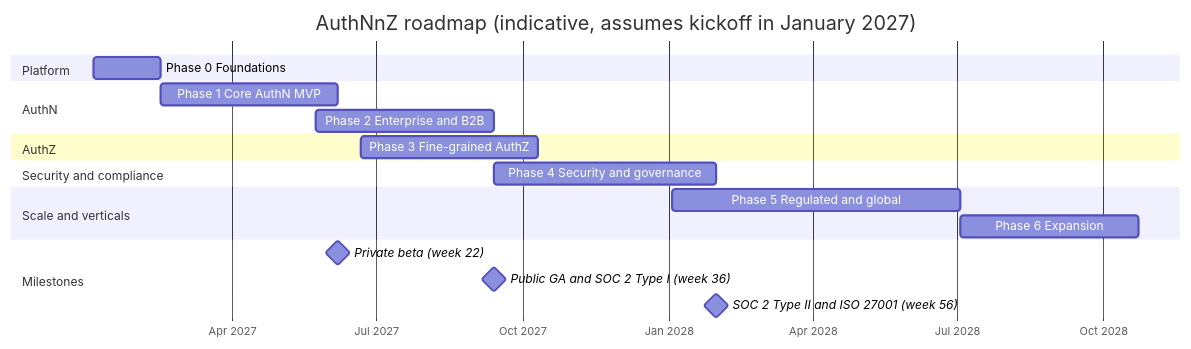
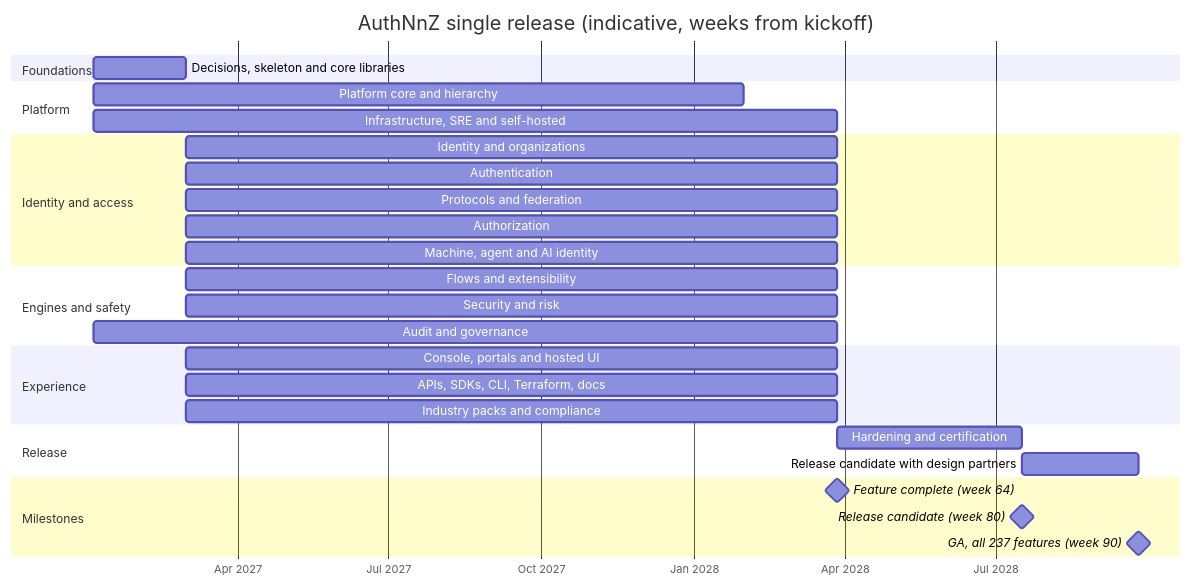
The diagram in docs/plan/05-roadmap-and-delivery.md (antonyrejith/AuthNnZ), drawn with Mermaid before and after one commit. The commit also changed other lines of this file and 14 other files, not shown here.

First line of the commit message:
Deliver every feature in one release instead of phases

````diff
--- a/docs/plan/05-roadmap-and-delivery.md
+++ b/docs/plan/05-roadmap-and-delivery.md
@@ -11,22 +37,32 @@
 ```mermaid
 gantt
-    title AuthNnZ roadmap (indicative, assumes kickoff in January 2027)
+    title AuthNnZ single release (indicative, weeks from kickoff)
     dateFormat YYYY-MM-DD
     axisFormat %b %Y
+    section Foundations
+    Decisions, skeleton and core libraries :f, 2027-01-04, 8w
     section Platform
-    Phase 0 Foundations             :p0, 2027-01-04, 6w
-    section AuthN
-    Phase 1 Core AuthN MVP          :p1, after p0, 16w
-    Phase 2 Enterprise and B2B      :p2, 2027-05-24, 16w
-    section AuthZ
-    Phase 3 Fine-grained AuthZ      :p3, 2027-06-21, 16w
-    section Security and compliance
-    Phase 4 Security and governance :p4, 2027-09-13, 20w
-    section Scale and verticals
-    Phase 5 Regulated and global    :p5, 2028-01-03, 26w
-    Phase 6 Expansion               :p6, 2028-07-03, 16w
+    Platform core and hierarchy          :2027-01-04, 56w
+    Infrastructure, SRE and self-hosted  :2027-01-04, 64w
+    section Identity and access
+    Identity and organizations           :2027-03-01, 56w
+    Authentication                       :2027-03-01, 56w
+    Protocols and federation             :2027-03-01, 56w
+    Authorization                        :2027-03-01, 56w
+    Machine, agent and AI identity       :2027-03-01, 56w
+    section Engines and safety
+    Flows and extensibility              :2027-03-01, 56w
+    Security and risk                    :2027-03-01, 56w
+    Audit and governance                 :2027-01-04, 64w
+    section Experience
+    Console, portals and hosted UI       :2027-03-01, 56w
+    APIs, SDKs, CLI, Terraform, docs     :2027-03-01, 56w
+    Industry packs and compliance        :2027-03-01, 56w
+    section Release
+    Hardening and certification          :h, 2028-03-27, 16w
+    Release candidate with design partners :rc, 2028-07-17, 10w
     section Milestones
-    Private beta (week 22)                  :milestone, m1, 2027-06-07, 0d
-    Public GA and SOC 2 Type I (week 36)    :milestone, m2, 2027-09-13, 0d
-    SOC 2 Type II and ISO 27001 (week 56)   :milestone, m3, 2028-01-31, 0d
+    Feature complete (week 64)           :milestone, 2028-03-27, 0d
+    Release candidate (week 80)          :milestone, 2028-07-17, 0d
+    GA, all 237 features (week 90)       :milestone, 2028-09-25, 0d
 ```
````
